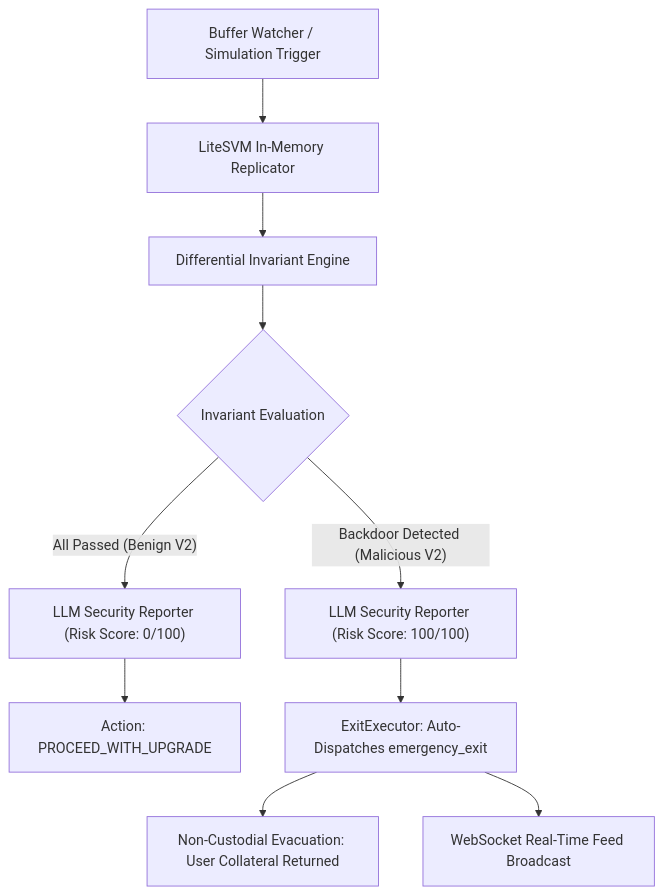
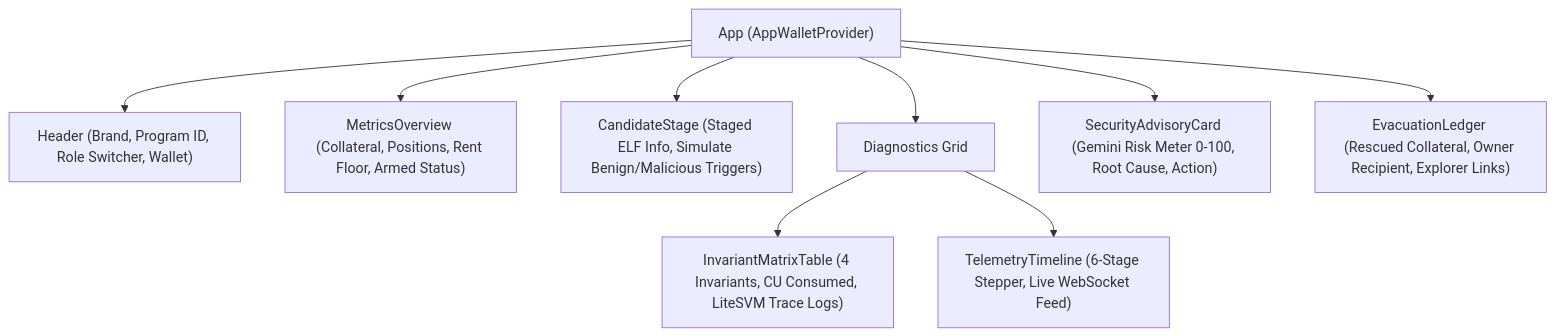
Before and after one commit to ruxy1212/elf-zero: the diagram in PROGRESS.md, drawn with Mermaid. The commit also changed other lines of this file and 5 other files, not shown here.

Commit message:
feat(frontend): add invariant matrix, telemetry timeline, AI advisory, evacuation ledger and update progress checkpoint (step 6.2)

````diff
--- a/PROGRESS.md
+++ b/PROGRESS.md
@@ -23,12 +34,11 @@
 ```mermaid
 flowchart TD
-    A["Buffer Watcher / Simulation Trigger"] --> B["LiteSVM In-Memory Replicator"]
-    B --> C["Differential Invariant Engine"]
-    C --> D{"Invariant Evaluation"}
-    D -- "All Passed (Benign V2)" --> E["LLM Security Reporter (Risk Score: 0/100)"]
-    E --> F["Action: PROCEED_WITH_UPGRADE"]
-    D -- "Backdoor Detected (Malicious V2)" --> G["LLM Security Reporter (Risk Score: 100/100)"]
-    G --> H["ExitExecutor: Auto-Dispatches emergency_exit"]
-    H --> I["Non-Custodial Evacuation: User Collateral Returned"]
-    H --> J["WebSocket Real-Time Feed Broadcast"]
+    App["App (AppWalletProvider)"] --> Header["Header (Brand, Program ID, Role Switcher, Wallet)"]
+    App --> Metrics["MetricsOverview (Collateral, Positions, Rent Floor, Armed Status)"]
+    App --> CandidateStage["CandidateStage (Staged ELF Info, Simulate Benign/Malicious Triggers)"]
+    App --> Grid["Diagnostics Grid"]
+    Grid --> InvariantTable["InvariantMatrixTable (4 Invariants, CU Consumed, LiteSVM Trace Logs)"]
+    Grid --> Timeline["TelemetryTimeline (6-Stage Stepper, Live WebSocket Feed)"]
+    App --> Advisory["SecurityAdvisoryCard (Gemini Risk Meter 0-100, Root Cause, Action)"]
+    App --> Evacuation["EvacuationLedger (Rescued Collateral, Owner Recipient, Explorer Links)"]
 ```
````
